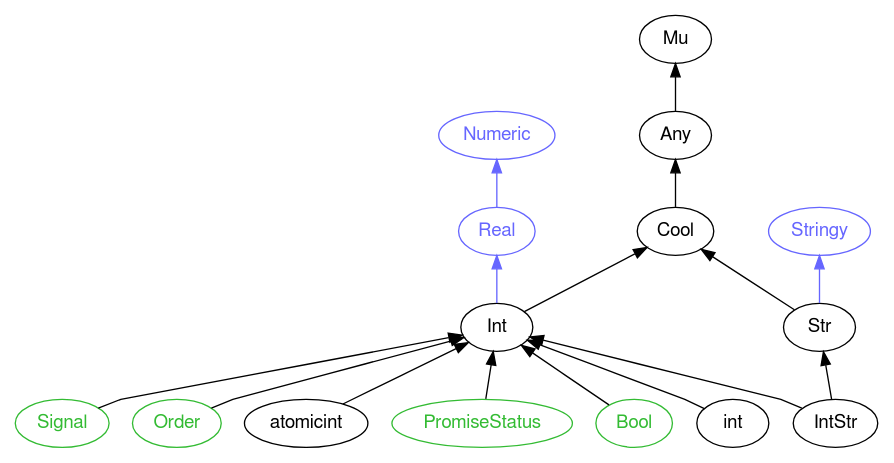
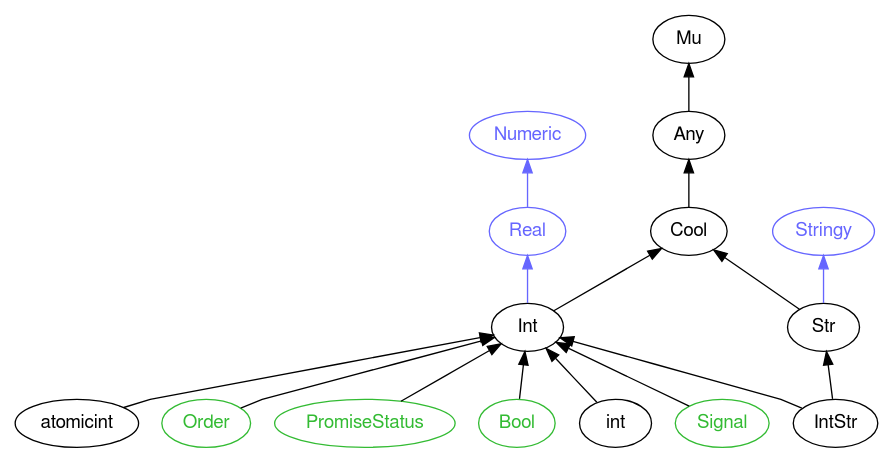
One commit to perl6docs/perl6docs.github.io changed the diagram in images/type-graph-Int.svg.dot. Above: the diagram before and after it, drawn with Graphviz. The commit also changed other lines of this file and 4525 other files, not shown here.

```diff
--- a/images/type-graph-Int.svg.dot
+++ b/images/type-graph-Int.svg.dot
@@ -1,40 +1,40 @@
 digraph "perl6-type-graph" {
     rankdir=BT;
     splines=polyline;
     overlap=false; 
     // Types
     "Int" [color="#000000", fontcolor="#000000", href="/type/Int", fontname="FreeSans"];
     "Mu" [color="#000000", fontcolor="#000000", href="/type/Mu", fontname="FreeSans"];
     "Any" [color="#000000", fontcolor="#000000", href="/type/Any", fontname="FreeSans"];
     "Cool" [color="#000000", fontcolor="#000000", href="/type/Cool", fontname="FreeSans"];
     "Numeric" [color="#6666FF", fontcolor="#6666FF", href="/type/Numeric", fontname="FreeSans"];
     "Real" [color="#6666FF", fontcolor="#6666FF", href="/type/Real", fontname="FreeSans"];
-    "Signal" [color="#33BB33", fontcolor="#33BB33", href="/type/Signal", fontname="FreeSans"];
+    "atomicint" [color="#000000", fontcolor="#000000", href="/type/atomicint", fontname="FreeSans"];
     "Order" [color="#33BB33", fontcolor="#33BB33", href="/type/Order", fontname="FreeSans"];
-    "atomicint" [color="#000000", fontcolor="#000000", href="/type/atomicint", fontname="FreeSans"];
     "PromiseStatus" [color="#33BB33", fontcolor="#33BB33", href="/type/PromiseStatus", fontname="FreeSans"];
+    "Bool" [color="#33BB33", fontcolor="#33BB33", href="/type/Bool", fontname="FreeSans"];
     "Stringy" [color="#6666FF", fontcolor="#6666FF", href="/type/Stringy", fontname="FreeSans"];
     "Str" [color="#000000", fontcolor="#000000", href="/type/Str", fontname="FreeSans"];
     "IntStr" [color="#000000", fontcolor="#000000", href="/type/IntStr", fontname="FreeSans"];
-    "Bool" [color="#33BB33", fontcolor="#33BB33", href="/type/Bool", fontname="FreeSans"];
     "int" [color="#000000", fontcolor="#000000", href="/type/int", fontname="FreeSans"];
+    "Signal" [color="#33BB33", fontcolor="#33BB33", href="/type/Signal", fontname="FreeSans"];
 
     // Superclasses
     "Int" -> "Cool" [color="#000000"];
     "Any" -> "Mu" [color="#000000"];
     "Cool" -> "Any" [color="#000000"];
-    "Signal" -> "Int" [color="#000000"];
+    "atomicint" -> "Int" [color="#000000"];
     "Order" -> "Int" [color="#000000"];
-    "atomicint" -> "Int" [color="#000000"];
     "PromiseStatus" -> "Int" [color="#000000"];
+    "Bool" -> "Int" [color="#000000"];
     "Str" -> "Cool" [color="#000000"];
     "IntStr" -> "Int" [color="#000000"];
     "IntStr" -> "Str" [color="#000000"];
-    "Bool" -> "Int" [color="#000000"];
     "int" -> "Int" [color="#000000"];
+    "Signal" -> "Int" [color="#000000"];
 
     // Roles
     "Int" -> "Real" [color="#6666FF"];
     "Real" -> "Numeric" [color="#6666FF"];
     "Str" -> "Stringy" [color="#6666FF"];
 }
```
